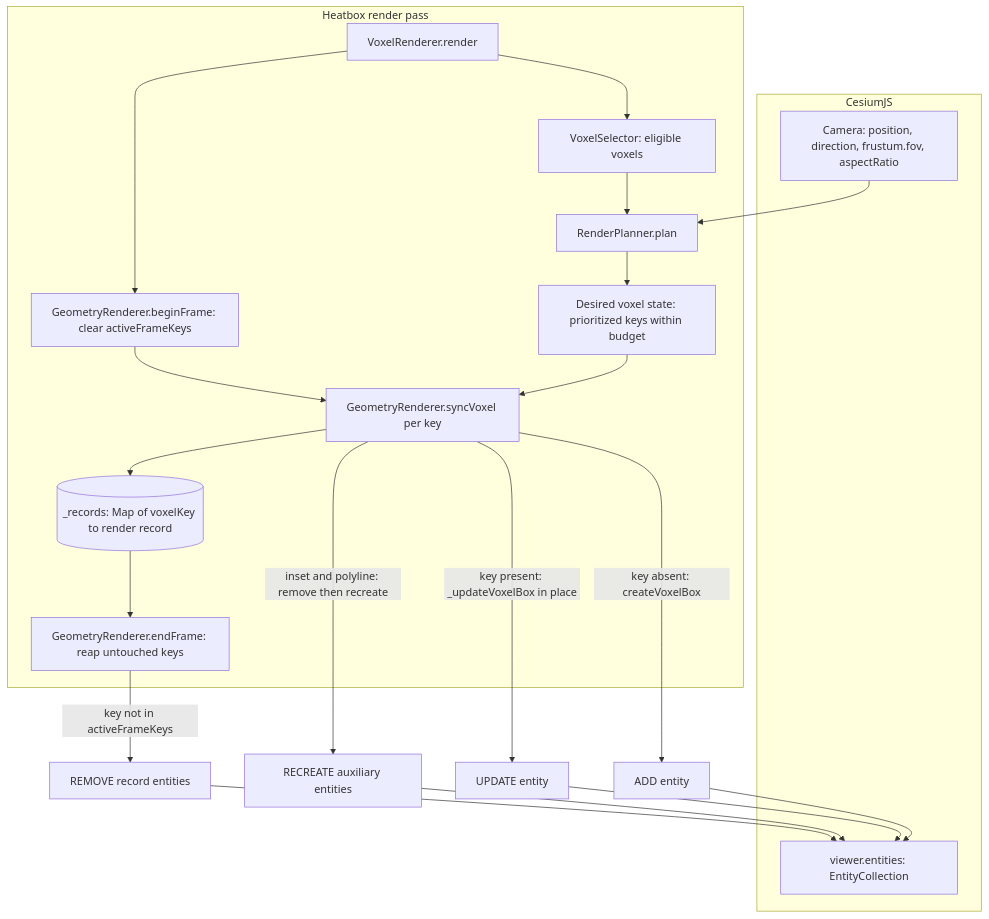
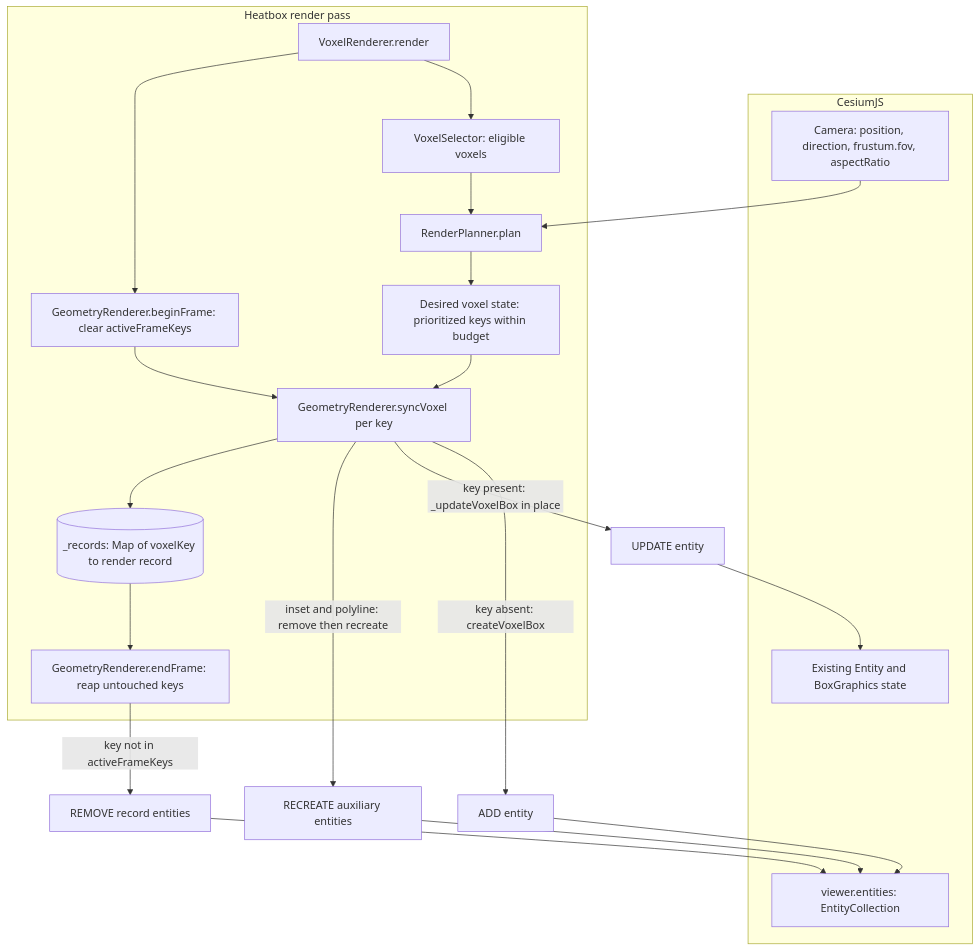
One commit to hiro-nyon/cesium-heatbox changed the first of 2 diagrams in docs/adr/ADR-0020-v1.3.0-incremental-entity-rendering.md. Above: the diagram before and after it, drawn with Mermaid. The commit also changed other lines of this file and 11 other files, not shown here.

Commit message:
docs(adr): correct architecture audit findings

````diff
--- a/docs/adr/ADR-0020-v1.3.0-incremental-entity-rendering.md
+++ b/docs/adr/ADR-0020-v1.3.0-incremental-entity-rendering.md
@@ -302,36 +310,37 @@
 ```mermaid
 flowchart TD
     subgraph Cesium["CesiumJS"]
         CAM["Camera: position, direction, frustum.fov, aspectRatio"]
         EC["viewer.entities: EntityCollection"]
+        ES["Existing Entity and BoxGraphics state"]
     end
 
     subgraph Heatbox["Heatbox render pass"]
         VR["VoxelRenderer.render"]
         SEL["VoxelSelector: eligible voxels"]
         RP["RenderPlanner.plan"]
         DESIRED["Desired voxel state: prioritized keys within budget"]
         BF["GeometryRenderer.beginFrame: clear activeFrameKeys"]
         SYNC["GeometryRenderer.syncVoxel per key"]
         REC[("_records: Map of voxelKey to render record")]
         EF["GeometryRenderer.endFrame: reap untouched keys"]
     end
 
     VR --> SEL
     SEL --> RP
     CAM --> RP
     RP --> DESIRED
     VR --> BF
     BF --> SYNC
     DESIRED --> SYNC
     SYNC -->|"key absent: createVoxelBox"| ADD["ADD entity"]
     SYNC -->|"key present: _updateVoxelBox in place"| UPD["UPDATE entity"]
     SYNC -->|"inset and polyline: remove then recreate"| RECREATE["RECREATE auxiliary entities"]
     SYNC --> REC
     REC --> EF
     EF -->|"key not in activeFrameKeys"| REM["REMOVE record entities"]
     ADD --> EC
-    UPD --> EC
+    UPD --> ES
     RECREATE --> EC
     REM --> EC
 ```
````
